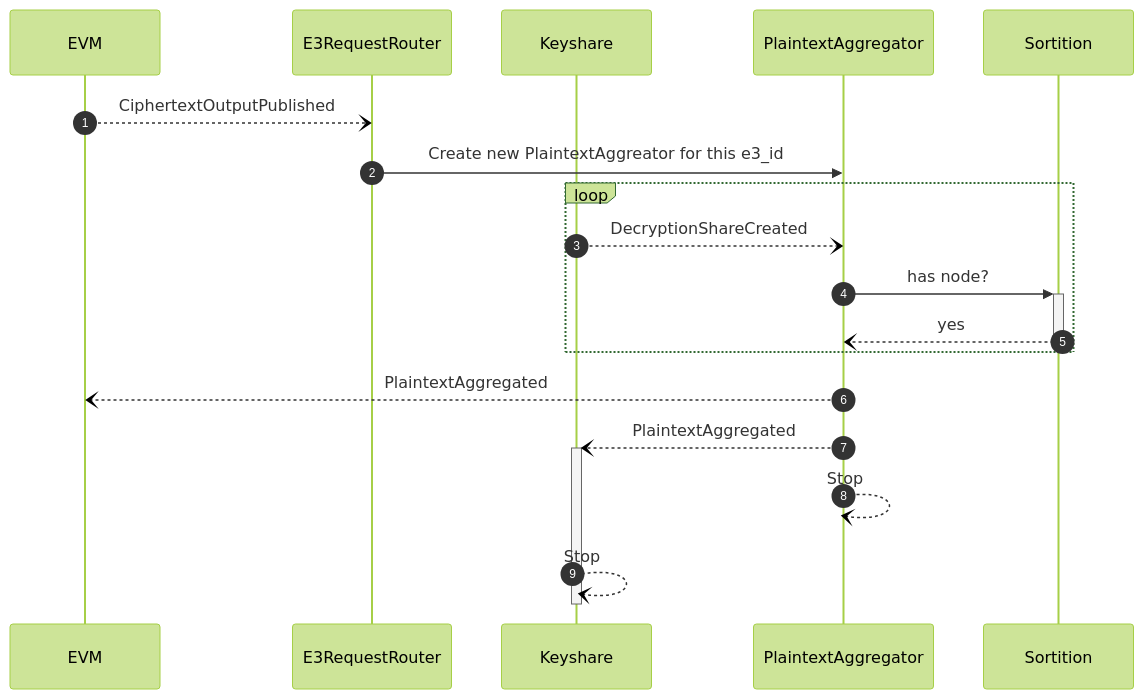
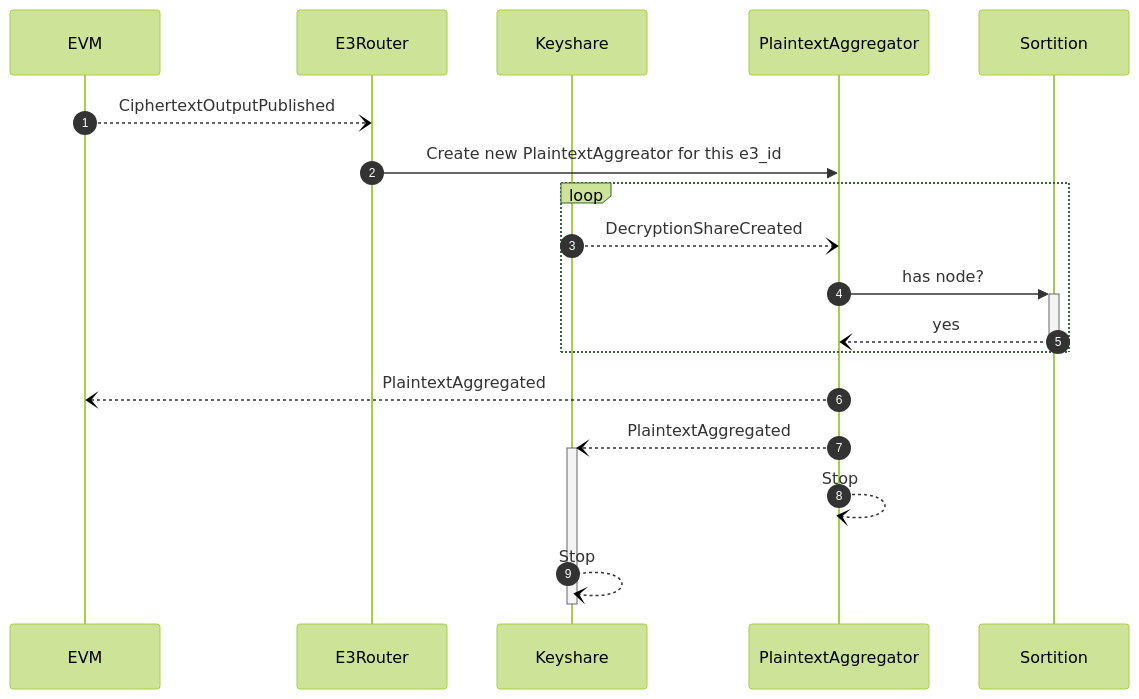
Before and after one commit to gnosisguild/enclave: the second of 2 diagrams in packages/ciphernode/README.md, drawn with Mermaid (forest theme). The commit also changed other lines of this file and 5 other files, not shown here.

Commit message:
E3RequestRouter -> E3Router

````diff
--- a/packages/ciphernode/README.md
+++ b/packages/ciphernode/README.md
@@ -62,21 +62,21 @@
 ```mermaid
 sequenceDiagram
     autonumber
     participant EVM as EVM
-    participant E3 as E3RequestRouter
+    participant E3 as E3Router
     participant KS as Keyshare
     participant PTA as PlaintextAggregator
     participant S as Sortition
 
     EVM--)E3: CiphertextOutputPublished
     E3->>PTA: Create new PlaintextAggreator for this e3_id
     loop
         KS--)PTA: DecryptionShareCreated
         PTA->>+S: has node?
         S--)-PTA: yes
     end
     PTA--)EVM: PlaintextAggregated
     PTA--)+KS: PlaintextAggregated
     PTA--)PTA: Stop
     KS--)-KS: Stop
 ```
````
